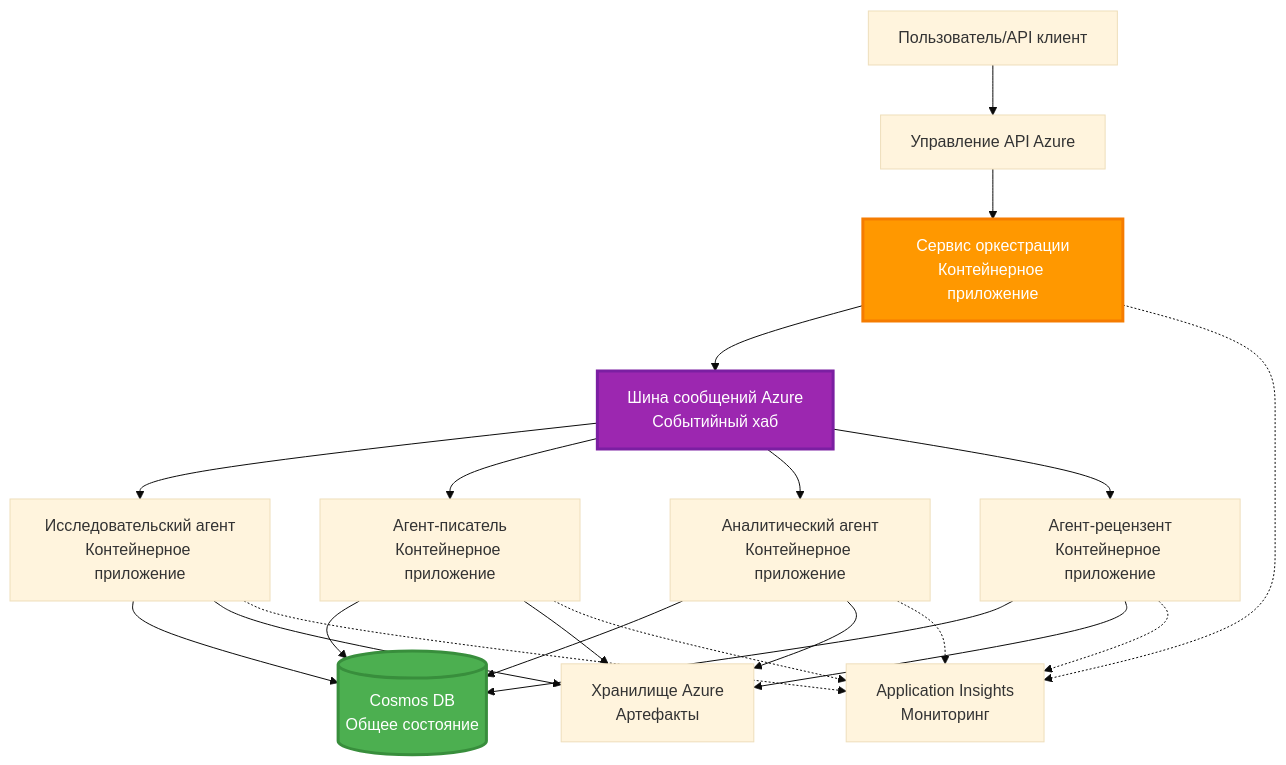
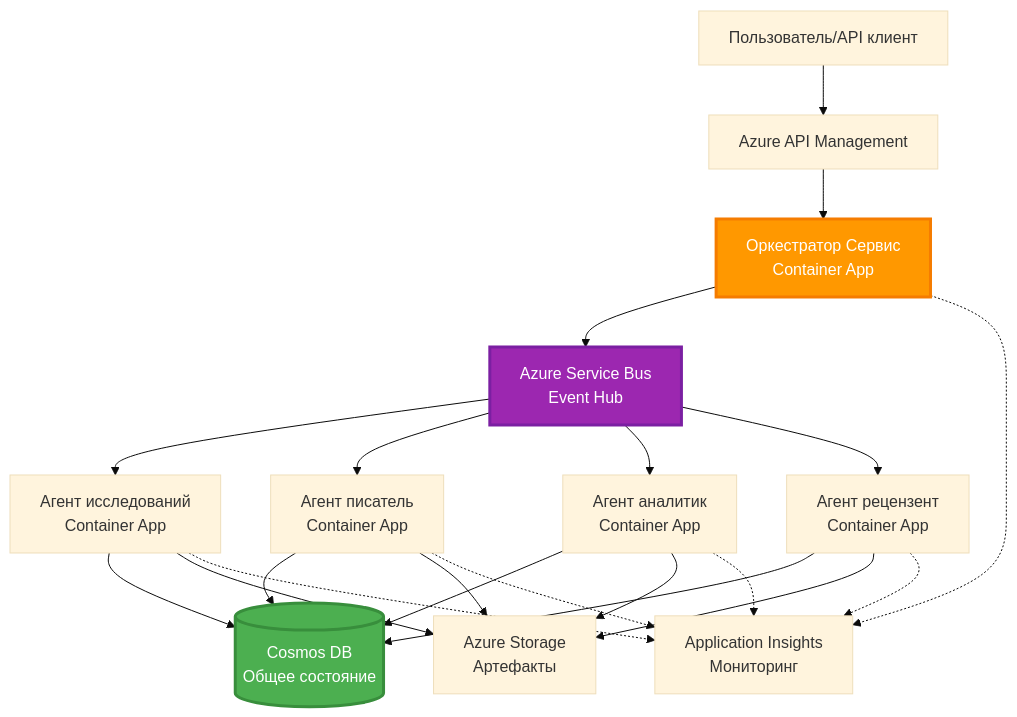
The sixth of 6 diagrams in translations/ru/docs/chapter-06-pre-deployment/coordination-patterns.md (microsoft/AZD-for-beginners), drawn with Mermaid (base theme) before and after one commit. The commit also changed other lines of this file and 101 other files, not shown here.

````diff
--- a/translations/ru/docs/chapter-06-pre-deployment/coordination-patterns.md
+++ b/translations/ru/docs/chapter-06-pre-deployment/coordination-patterns.md
@@ -271,45 +265,45 @@
 ```mermaid
 graph TB
     User[Пользователь/API клиент]
-    APIM[Управление API Azure]
-    Orchestrator[Сервис оркестрации<br/>Контейнерное приложение]
-    ServiceBus[Шина сообщений Azure<br/>Событийный хаб]
+    APIM[Azure API Management]
+    Orchestrator[Оркестратор Сервис<br/>Container App]
+    ServiceBus[Azure Service Bus<br/>Event Hub]
     
-    Agent1[Исследовательский агент<br/>Контейнерное приложение]
-    Agent2[Агент-писатель<br/>Контейнерное приложение]
-    Agent3[Аналитический агент<br/>Контейнерное приложение]
-    Agent4[Агент-рецензент<br/>Контейнерное приложение]
+    Agent1[Агент исследований<br/>Container App]
+    Agent2[Агент писатель<br/>Container App]
+    Agent3[Агент аналитик<br/>Container App]
+    Agent4[Агент рецензент<br/>Container App]
     
     CosmosDB[(Cosmos DB<br/>Общее состояние)]
-    Storage[Хранилище Azure<br/>Артефакты]
+    Storage[Azure Storage<br/>Артефакты]
     AppInsights[Application Insights<br/>Мониторинг]
     
     User --> APIM
     APIM --> Orchestrator
     
     Orchestrator --> ServiceBus
     ServiceBus --> Agent1
     ServiceBus --> Agent2
     ServiceBus --> Agent3
     ServiceBus --> Agent4
     
     Agent1 --> CosmosDB
     Agent2 --> CosmosDB
     Agent3 --> CosmosDB
     Agent4 --> CosmosDB
     
     Agent1 --> Storage
     Agent2 --> Storage
     Agent3 --> Storage
     Agent4 --> Storage
     
     Orchestrator -.-> AppInsights
     Agent1 -.-> AppInsights
     Agent2 -.-> AppInsights
     Agent3 -.-> AppInsights
     Agent4 -.-> AppInsights
     
     style Orchestrator fill:#FF9800,stroke:#F57C00,stroke-width:3px,color:#fff
     style ServiceBus fill:#9C27B0,stroke:#7B1FA2,stroke-width:3px,color:#fff
     style CosmosDB fill:#4CAF50,stroke:#388E3C,stroke-width:3px,color:#fff
 ```
````
